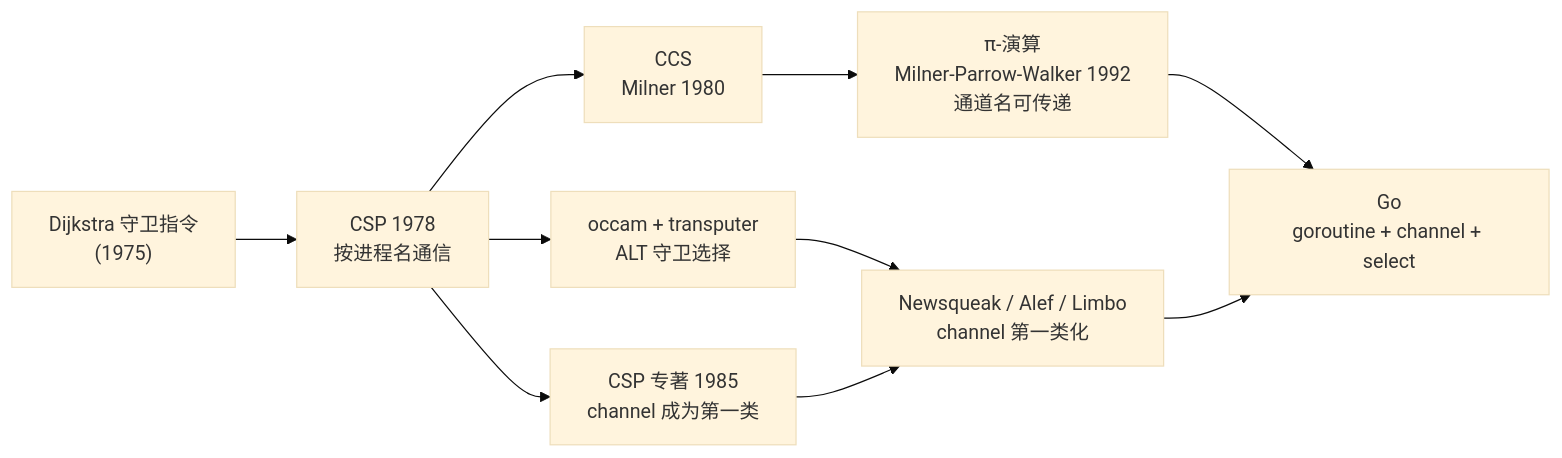
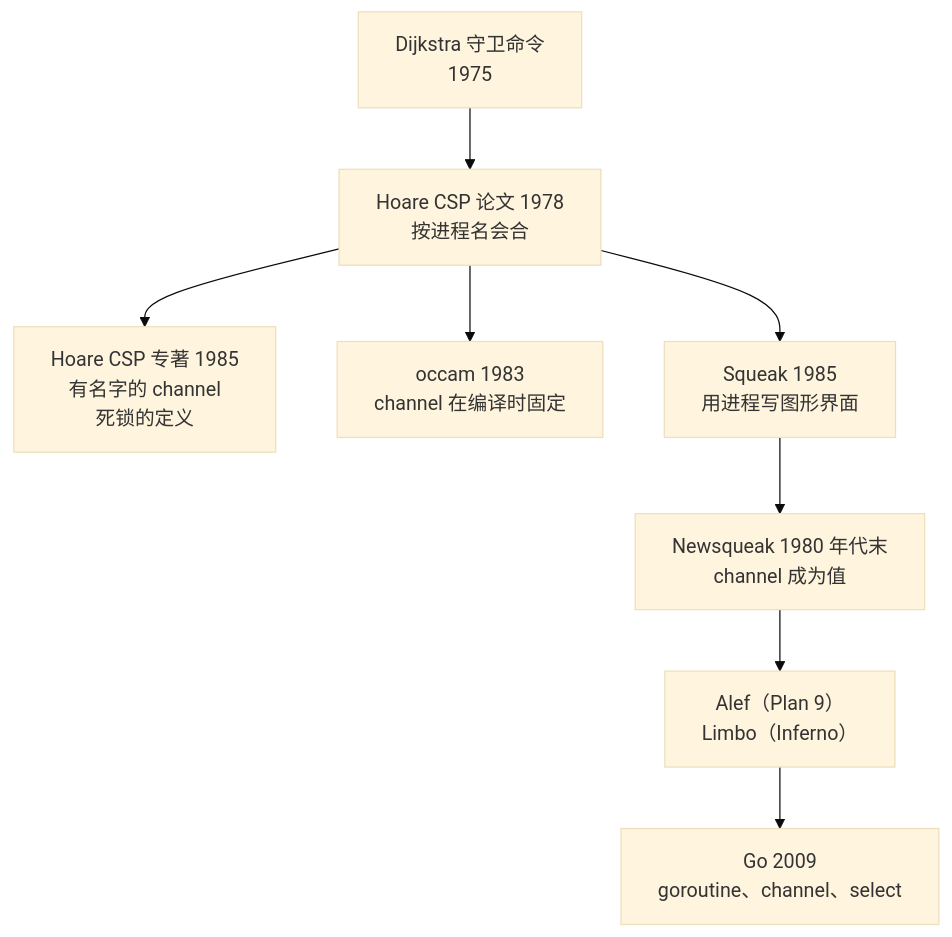
The diagram in book/zh-cn/part1overview/ch01intro/csp.md (golang-design/under-the-hood), drawn with Mermaid (base theme) before and after one commit. The commit also changed other lines of this file and 3 other files, not shown here.

````diff
--- a/book/zh-cn/part1overview/ch01intro/csp.md
+++ b/book/zh-cn/part1overview/ch01intro/csp.md
@@ -88,12 +197,10 @@
 ```mermaid
-flowchart LR
-    GC["Dijkstra 守卫指令<br/>(1975)"] --> CSP78["CSP 1978<br/>按进程名通信"]
-    CSP78 --> CCS["CCS<br/>Milner 1980"]
-    CSP78 --> OCCAM["occam + transputer<br/>ALT 守卫选择"]
-    CSP78 --> CSP85["CSP 专著 1985<br/>channel 成为第一类"]
-    CCS --> PI["π-演算<br/>Milner-Parrow-Walker 1992<br/>通道名可传递"]
-    OCCAM --> NSQ["Newsqueak / Alef / Limbo<br/>channel 第一类化"]
-    CSP85 --> NSQ
-    PI --> GO["Go<br/>goroutine + channel + select"]
-    NSQ --> GO
+flowchart TD
+    GC["Dijkstra 守卫命令<br/>1975"] --> CSP78["Hoare CSP 论文 1978<br/>按进程名会合"]
+    CSP78 --> CSP85["Hoare CSP 专著 1985<br/>有名字的 channel<br/>死锁的定义"]
+    CSP78 --> OCCAM["occam 1983<br/>channel 在编译时固定"]
+    CSP78 --> SQ["Squeak 1985<br/>用进程写图形界面"]
+    SQ --> NSQ["Newsqueak 1980 年代末<br/>channel 成为值"]
+    NSQ --> AL["Alef（Plan 9）<br/>Limbo（Inferno）"]
+    AL --> GO["Go 2009<br/>goroutine、channel、select"]
 ```
````
